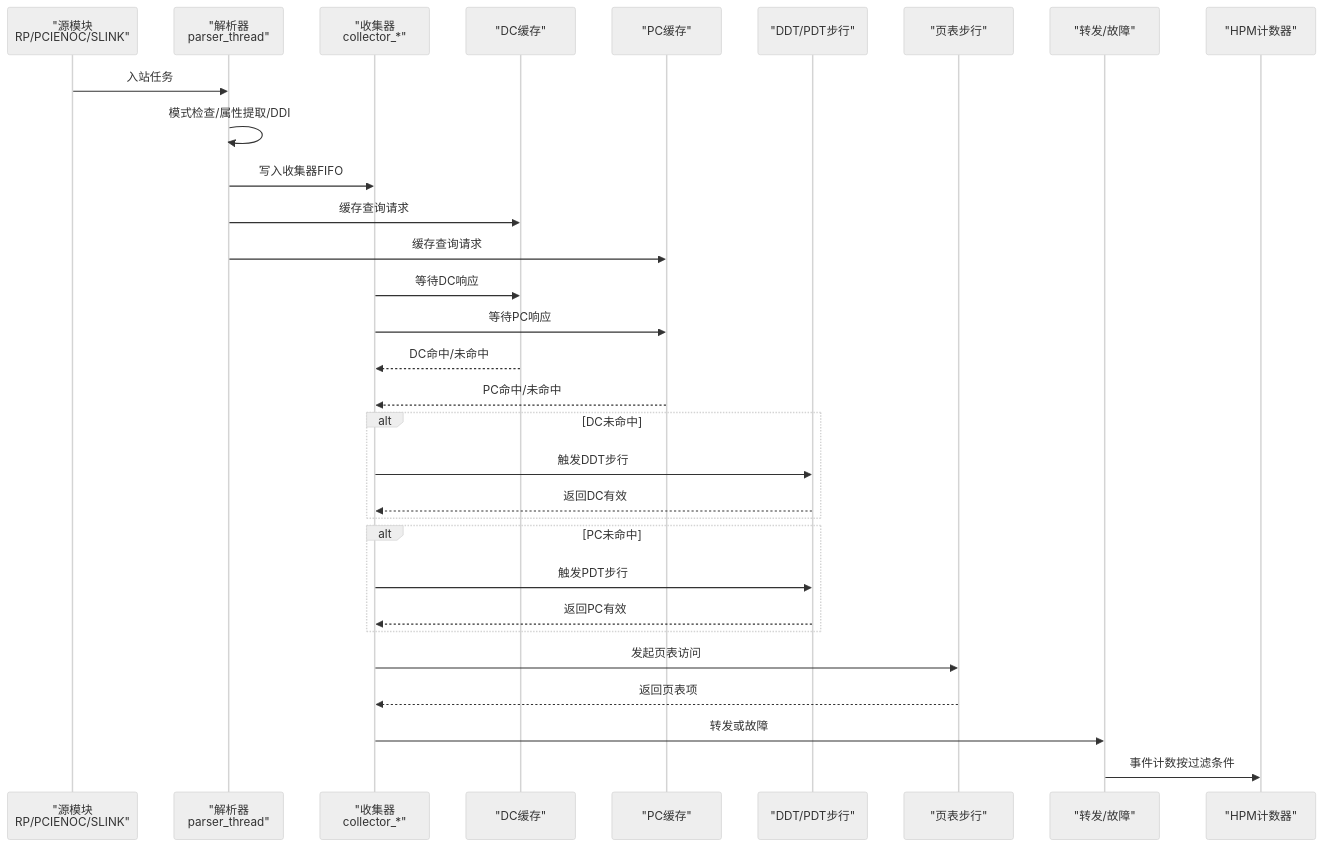
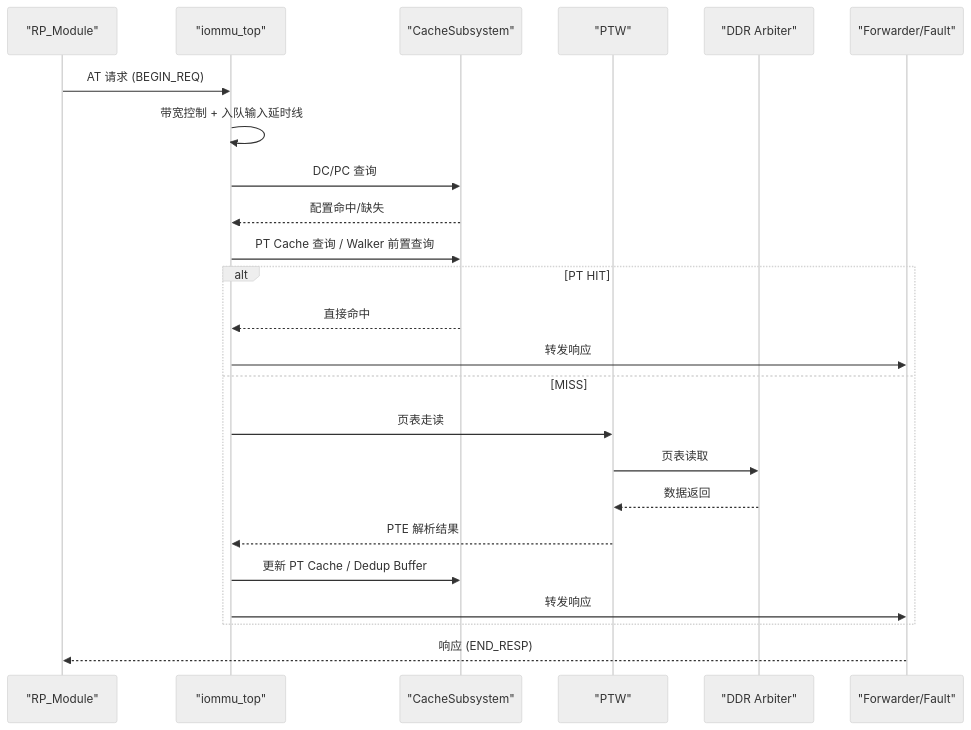
The second of 6 diagrams in .qoder/repowiki/zh/content/性能模型/性能分析工具.md (jiangjiang1122/iommu_model_20260401_v1), drawn with Mermaid (neutral theme) before and after one commit. The commit also changed other lines of this file and 55 other files, not shown here.

First line of the commit message:
perf(iommu): 去重单元机制v2全场景落地 严格优先仲裁UPD>INS>REQ + UPDATE可变原子段

````diff
--- a/.qoder/repowiki/zh/content/性能模型/性能分析工具.md
+++ b/.qoder/repowiki/zh/content/性能模型/性能分析工具.md
@@ -127,33 +83,26 @@
 ```mermaid
 sequenceDiagram
-participant SRC as "源模块<br/>RP/PCIENOC/SLINK"
-participant PARSER as "解析器<br/>parser_thread"
-participant COL as "收集器<br/>collector_*"
-participant DC as "DC缓存"
-participant PC as "PC缓存"
-participant XDTW as "DDT/PDT步行"
-participant PTW as "页表步行"
-participant FWD as "转发/故障"
-participant HPM as "HPM计数器"
-SRC->>PARSER : 入站任务
-PARSER->>PARSER : 模式检查/属性提取/DDI
-PARSER->>COL : 写入收集器FIFO
-PARSER->>DC : 缓存查询请求
-PARSER->>PC : 缓存查询请求
-COL->>DC : 等待DC响应
-COL->>PC : 等待PC响应
-DC-->>COL : DC命中/未命中
-PC-->>COL : PC命中/未命中
-alt DC未命中
-COL->>XDTW : 触发DDT步行
-XDTW-->>COL : 返回DC有效
+participant RP as "RP_Module"
+participant TOP as "iommu_top"
+participant CS as "CacheSubsystem"
+participant PTW as "PTW"
+participant DDR as "DDR Arbiter"
+participant OUT as "Forwarder/Fault"
+RP->>TOP : AT 请求 (BEGIN_REQ)
+TOP->>TOP : 带宽控制 + 入队输入延时线
+TOP->>CS : DC/PC 查询
+CS-->>TOP : 配置命中/缺失
+TOP->>CS : PT Cache 查询 / Walker 前置查询
+alt PT HIT
+CS-->>TOP : 直接命中
+TOP->>OUT : 转发响应
+else MISS
+TOP->>PTW : 页表走读
+PTW->>DDR : 页表读取
+DDR-->>PTW : 数据返回
+PTW-->>TOP : PTE 解析结果
+TOP->>CS : 更新 PT Cache / Dedup Buffer
+TOP->>OUT : 转发响应
 end
-alt PC未命中
-COL->>XDTW : 触发PDT步行
-XDTW-->>COL : 返回PC有效
-end
-COL->>PTW : 发起页表访问
-PTW-->>COL : 返回页表项
-COL->>FWD : 转发或故障
-FWD->>HPM : 事件计数按过滤条件
+OUT-->>RP : 响应 (END_RESP)
 ```
````
